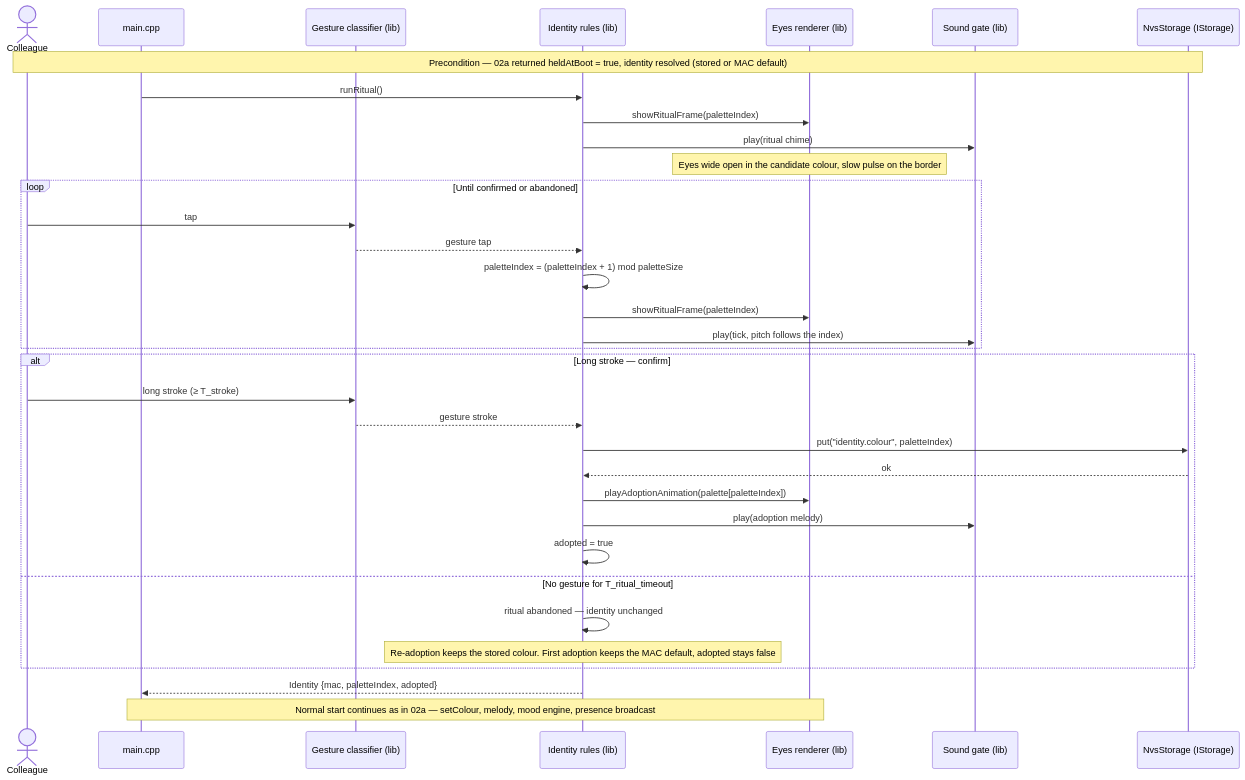
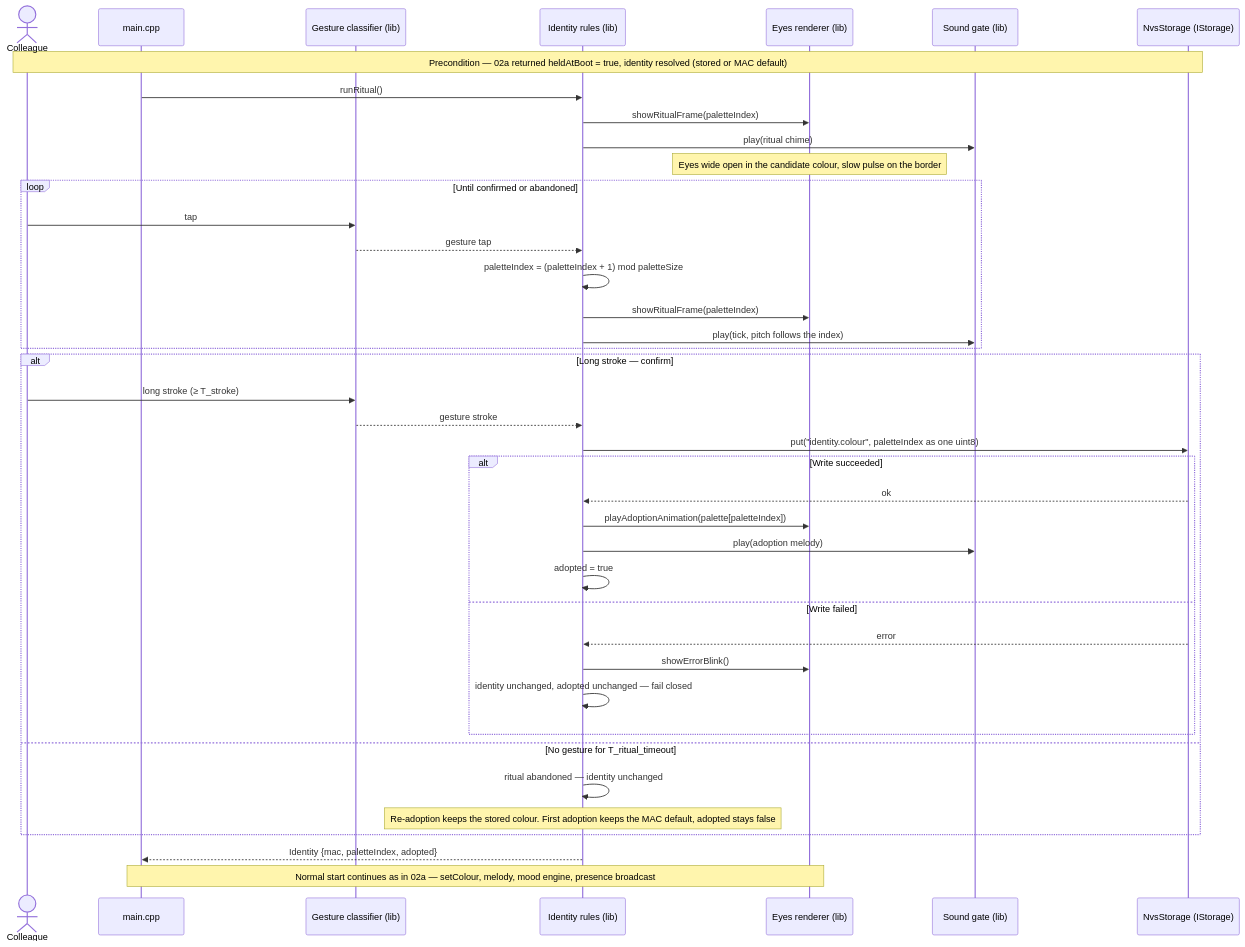
The diagram in docs/architecture/diagrams/identity/02b-sequence-adoption-ritual.md (benoit-bremaud/cubbies), drawn with Mermaid before and after one commit. The commit also changed 9 other files, not shown here.

First line of the commit message:
docs(architecture): apply the review findings to the UML study

````diff
--- a/docs/architecture/diagrams/identity/02b-sequence-adoption-ritual.md
+++ b/docs/architecture/diagrams/identity/02b-sequence-adoption-ritual.md
@@ -20,39 +20,45 @@
 ```mermaid
 sequenceDiagram
   actor C as Colleague
   participant M as main.cpp
   participant G as Gesture classifier (lib)
   participant I as Identity rules (lib)
   participant E as Eyes renderer (lib)
   participant A as Sound gate (lib)
   participant S as NvsStorage (IStorage)
 
   Note over C,S: Precondition — 02a returned heldAtBoot = true, identity resolved (stored or MAC default)
   M->>I: runRitual()
   I->>E: showRitualFrame(paletteIndex)
   I->>A: play(ritual chime)
   Note over E: Eyes wide open in the candidate colour, slow pulse on the border
 
   loop Until confirmed or abandoned
     C->>G: tap
     G-->>I: gesture tap
     I->>I: paletteIndex = (paletteIndex + 1) mod paletteSize
     I->>E: showRitualFrame(paletteIndex)
     I->>A: play(tick, pitch follows the index)
   end
 
   alt Long stroke — confirm
     C->>G: long stroke (≥ T_stroke)
     G-->>I: gesture stroke
-    I->>S: put("identity.colour", paletteIndex)
-    S-->>I: ok
-    I->>E: playAdoptionAnimation(palette[paletteIndex])
-    I->>A: play(adoption melody)
-    I->>I: adopted = true
+    I->>S: put("identity.colour", paletteIndex as one uint8)
+    alt Write succeeded
+      S-->>I: ok
+      I->>E: playAdoptionAnimation(palette[paletteIndex])
+      I->>A: play(adoption melody)
+      I->>I: adopted = true
+    else Write failed
+      S-->>I: error
+      I->>E: showErrorBlink()
+      I->>I: identity unchanged, adopted unchanged — fail closed
+    end
   else No gesture for T_ritual_timeout
     I->>I: ritual abandoned — identity unchanged
     Note over I: Re-adoption keeps the stored colour. First adoption keeps the MAC default, adopted stays false
   end
   I-->>M: Identity {mac, paletteIndex, adopted}
   Note over M,E: Normal start continues as in 02a — setColour, melody, mood engine, presence broadcast
 ```
````
